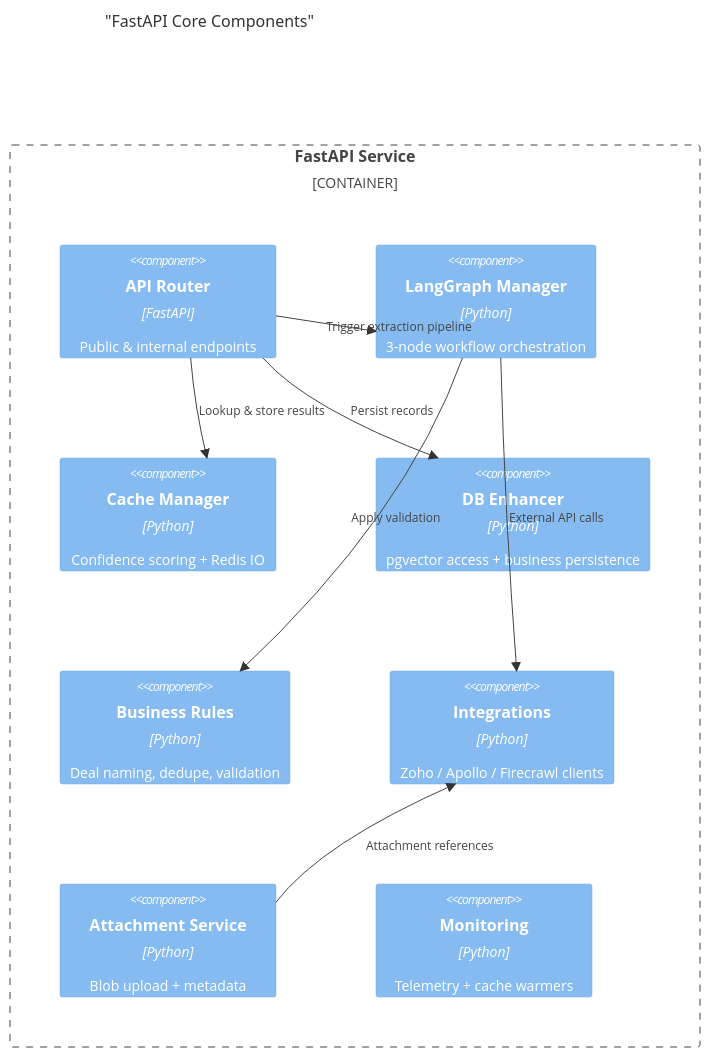
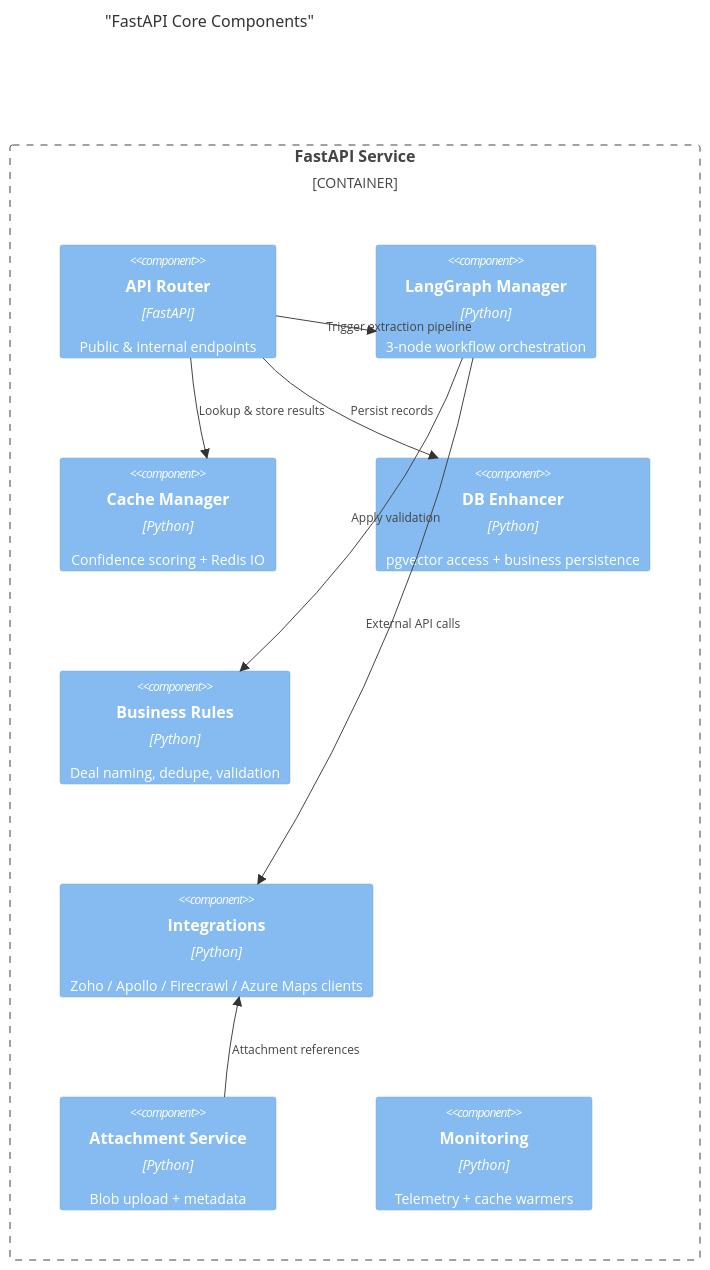
One commit to romiteld/ZohoDealCreation changed the third of 3 diagrams in README.md. Above: the diagram before and after it, drawn with Mermaid. The commit also changed other lines of this file and 12 other files, not shown here.

First line of the commit message:
feat: Add Azure Maps geocoding integration

````diff
--- a/README.md
+++ b/README.md
@@ -143,22 +152,22 @@
 ```mermaid
 C4Component
     title "FastAPI Core Components"
 
     Container_Boundary(core, "FastAPI Service") {
         Component(router, "API Router", "FastAPI", "Public & internal endpoints")
         Component(langgraphMgr, "LangGraph Manager", "Python", "3-node workflow orchestration")
         Component(cacheMgr, "Cache Manager", "Python", "Confidence scoring + Redis IO")
         Component(dbMgr, "DB Enhancer", "Python", "pgvector access + business persistence")
         Component(businessRules, "Business Rules", "Python", "Deal naming, dedupe, validation")
-        Component(integrations, "Integrations", "Python", "Zoho / Apollo / Firecrawl clients")
+        Component(integrations, "Integrations", "Python", "Zoho / Apollo / Firecrawl / Azure Maps clients")
         Component(attachments, "Attachment Service", "Python", "Blob upload + metadata")
         Component(monitoring, "Monitoring", "Python", "Telemetry + cache warmers")
     }
 
     Rel(router, langgraphMgr, "Trigger extraction pipeline")
     Rel(router, cacheMgr, "Lookup & store results")
     Rel(router, dbMgr, "Persist records")
     Rel(langgraphMgr, businessRules, "Apply validation")
     Rel(langgraphMgr, integrations, "External API calls")
     Rel(attachments, integrations, "Attachment references")
 ```
````
